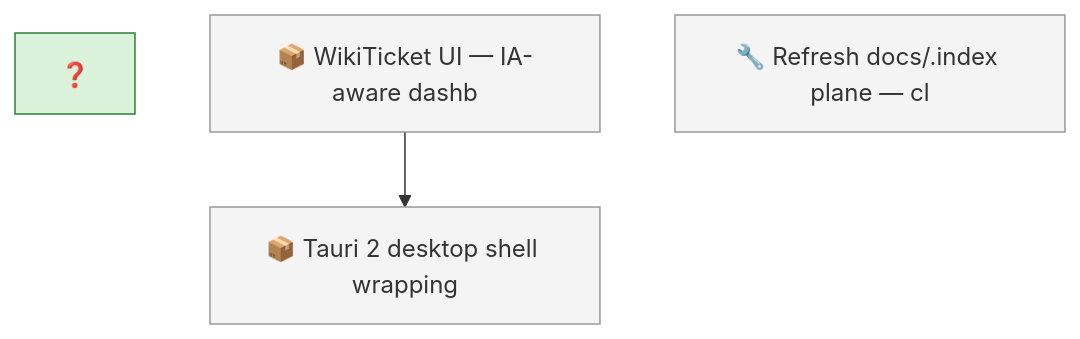
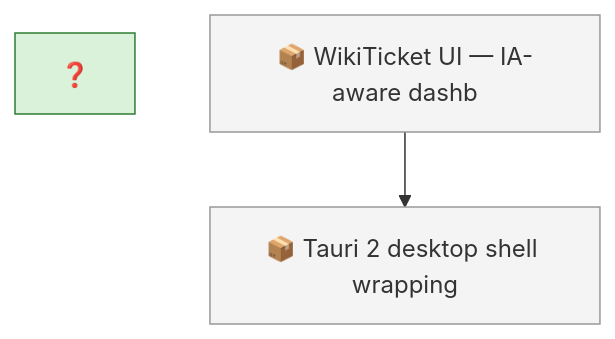
One commit to SpillwaveSolutions/wiki_ticket_sdd_ui changed the first of 2 diagrams in docs/roadmap.md. Above: the diagram before and after it, drawn with Mermaid. The commit also changed other lines of this file and 1 other file, not shown here.

First line of the commit message:
chore: close docs/.index refresh work item (#14)

````diff
--- a/docs/roadmap.md
+++ b/docs/roadmap.md
@@ -51,12 +47,11 @@
 ```mermaid
 graph TD
     01KY5ZZX["❓ "]
     01KY5ZZX8YXD5YDJKQGJ3VCCHN["📦 WikiTicket UI — IA-aware dashb"]
     01KY5ZZX8Z46K7BCSPPFKN23JZ["📦 Tauri 2 desktop shell wrapping"]
-    01KYAH5VKVZZF2Q4T0AF2ZYJG0["🔧 Refresh docs/.index plane — cl"]
     01KY5ZZX8YXD5YDJKQGJ3VCCHN --> 01KY5ZZX8Z46K7BCSPPFKN23JZ
     classDef todo fill:#f4f4f4,stroke:#999999
-    class 01KY5ZZX8YXD5YDJKQGJ3VCCHN,01KY5ZZX8Z46K7BCSPPFKN23JZ,01KYAH5VKVZZF2Q4T0AF2ZYJG0 todo
+    class 01KY5ZZX8YXD5YDJKQGJ3VCCHN,01KY5ZZX8Z46K7BCSPPFKN23JZ todo
     classDef in_progress fill:#d9f2d9,stroke:#2e7d32
     class 01KY5ZZX in_progress
 ```
````
